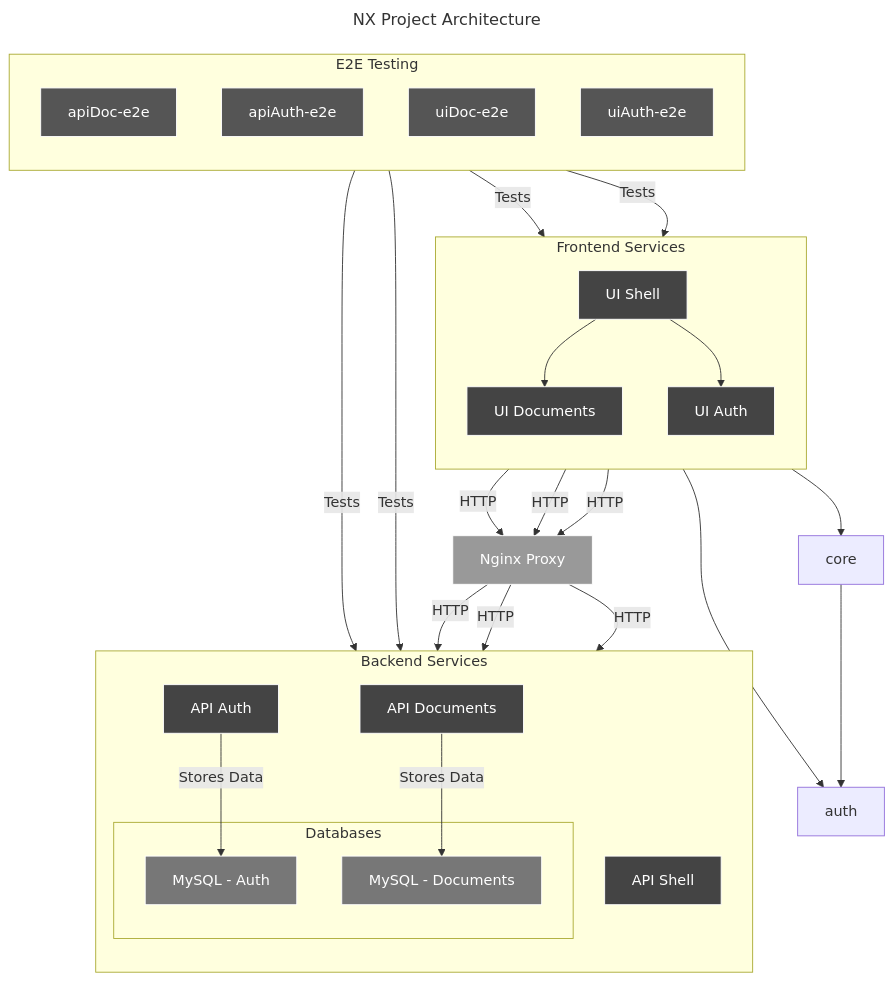
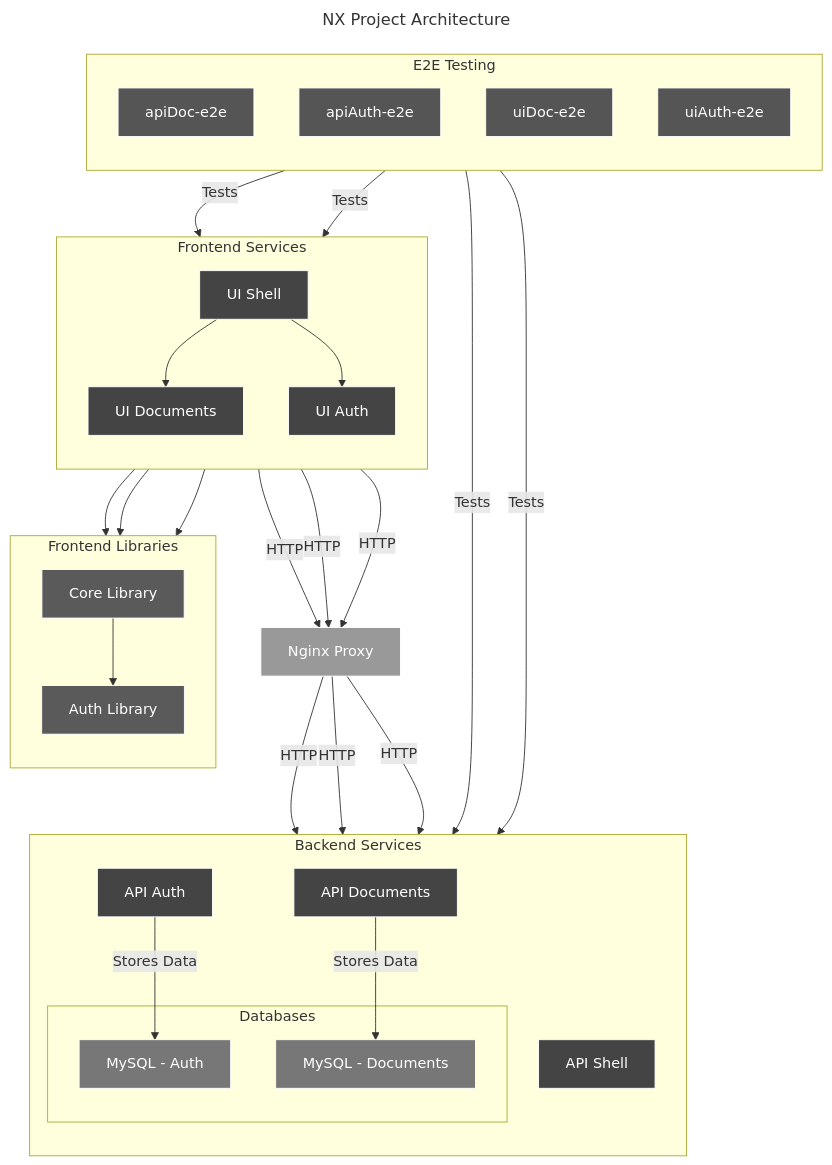
Before and after one commit to WeslleyDeSouza/PapyrusRoll: the diagram in README.md, drawn with Mermaid.

````diff
--- a/README.md
+++ b/README.md
@@ -10,67 +10,75 @@
 ```mermaid
 ---
 title: NX Project Architecture
 ---
 flowchart TD
 
 %% Styles
     classDef app fill:#2c2c2c,stroke:#fff,stroke-width:1px,color:#fff
     classDef service fill:#444,stroke:#fff,stroke-width:1px,color:#fff
     classDef db fill:#777,stroke:#fff,stroke-width:1px,color:#fff
     classDef proxy fill:#999,stroke:#fff,stroke-width:1px,color:#fff
+    classDef lib fill:#5a5a5a,stroke:#fff,stroke-width:1px,color:#fff
     classDef e2e fill:#555,stroke:#fff,stroke-width:1px,color:#fff
 
 %% Defining Entities
     subgraph "Frontend Services"
         direction TB
         uiShell["UI Shell"]:::service
         uiDoc["UI Documents"]:::service
         uiAuth["UI Auth"]:::service
+    end
+
+    subgraph "Frontend Libraries"
+        direction TB
+        core["Core Library"]:::lib
+        auth["Auth Library"]:::lib
     end
 
     subgraph "Backend Services"
         direction TB
         apiShell["API Shell"]:::service
         apiDoc["API Documents"]:::service
         apiAuth["API Auth"]:::service
         subgraph "Databases"
             mysqlAuth["MySQL - Auth"]:::db
             mysqlDoc["MySQL - Documents"]:::db
         end
     end
 
     nginx["Nginx Proxy"]:::proxy
 
     subgraph "E2E Testing"
         direction TB
         apiDocE2E["apiDoc-e2e"]:::e2e
         apiAuthE2E["apiAuth-e2e"]:::e2e
         uiDocE2E["uiDoc-e2e"]:::e2e
         uiAuthE2E["uiAuth-e2e"]:::e2e
     end
 
 %% Defining Dependencies
     uiShell -->|HTTP| nginx
     uiDoc -->|HTTP| nginx
     uiAuth -->|HTTP| nginx
 
     nginx -->|HTTP| apiShell
     nginx -->|HTTP| apiDoc
     nginx -->|HTTP| apiAuth
 
     apiAuth -->|Stores Data| mysqlAuth
     apiDoc -->|Stores Data| mysqlDoc
 
     uiAuth --> auth
     uiShell --> core
     uiShell --> uiDoc
     uiShell --> uiAuth
+    uiAuth --> auth
 
     core --> auth
 
     apiDocE2E -->|Tests| apiDoc
     apiAuthE2E -->|Tests| apiAuth
     uiDocE2E -->|Tests| uiDoc
     uiAuthE2E -->|Tests| uiAuth
  
 ```
````
